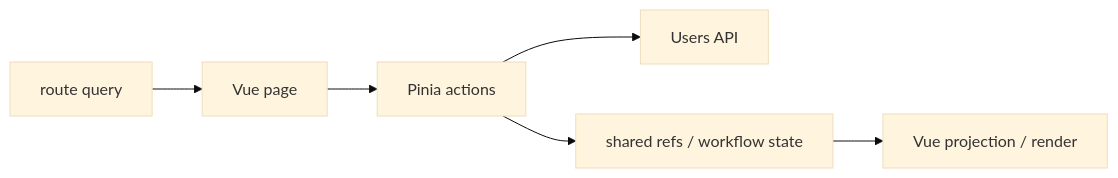
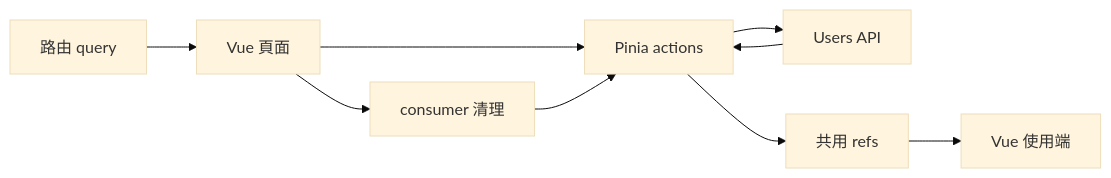
The fourth of 6 diagrams in docs/vue-async-ownership-talk-proposal.md (Luciano0322/v-tw-talk-2026), drawn with Mermaid (base theme) before and after one commit. The commit also changed other lines of this file and 3 other files, not shown here.

````diff
--- a/docs/vue-async-ownership-talk-proposal.md
+++ b/docs/vue-async-ownership-talk-proposal.md
@@ -694,8 +765,11 @@
 ```mermaid
 flowchart LR
-  Route[route query] --> Page[Vue page]
-  Page --> Action[Pinia actions]
-  Action --> API[Users API]
-  Action --> Store[shared refs / workflow state]
-  Store --> UI[Vue projection / render]
+  Route[路由 query] --> Page[Vue 頁面]
+  Page --> Actions[Pinia actions]
+  Actions --> API[Users API]
+  API --> Actions
+  Actions --> Store[共用 refs]
+  Store --> UI[Vue 使用端]
+  Page --> Cleanup[consumer 清理]
+  Cleanup --> Actions
 ```
````
